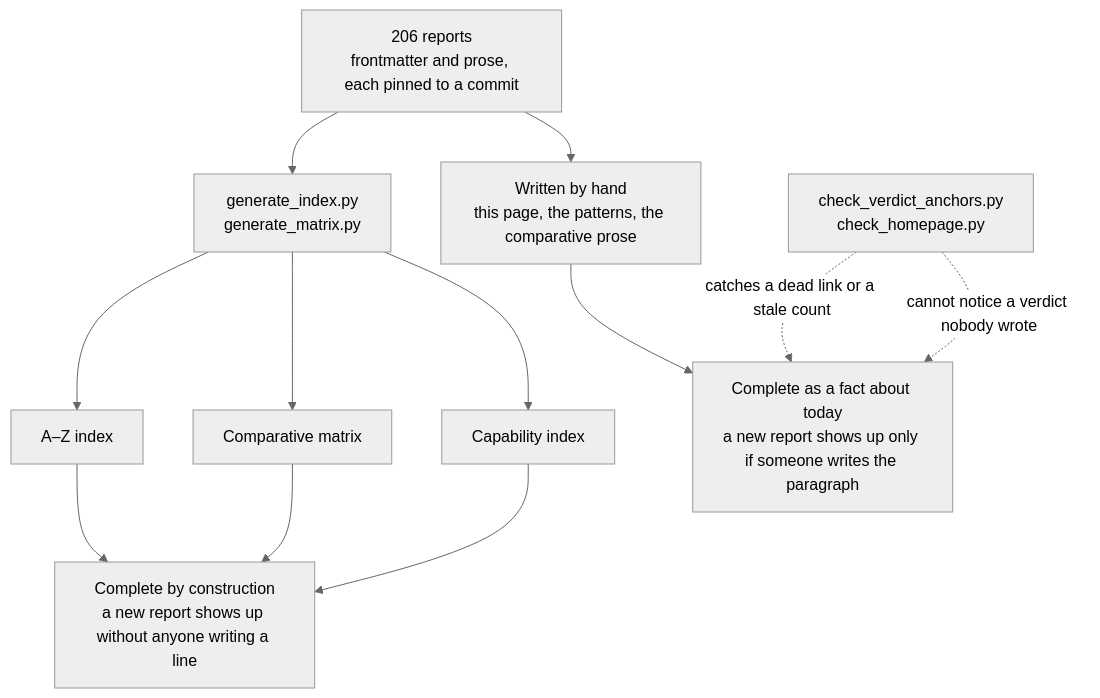
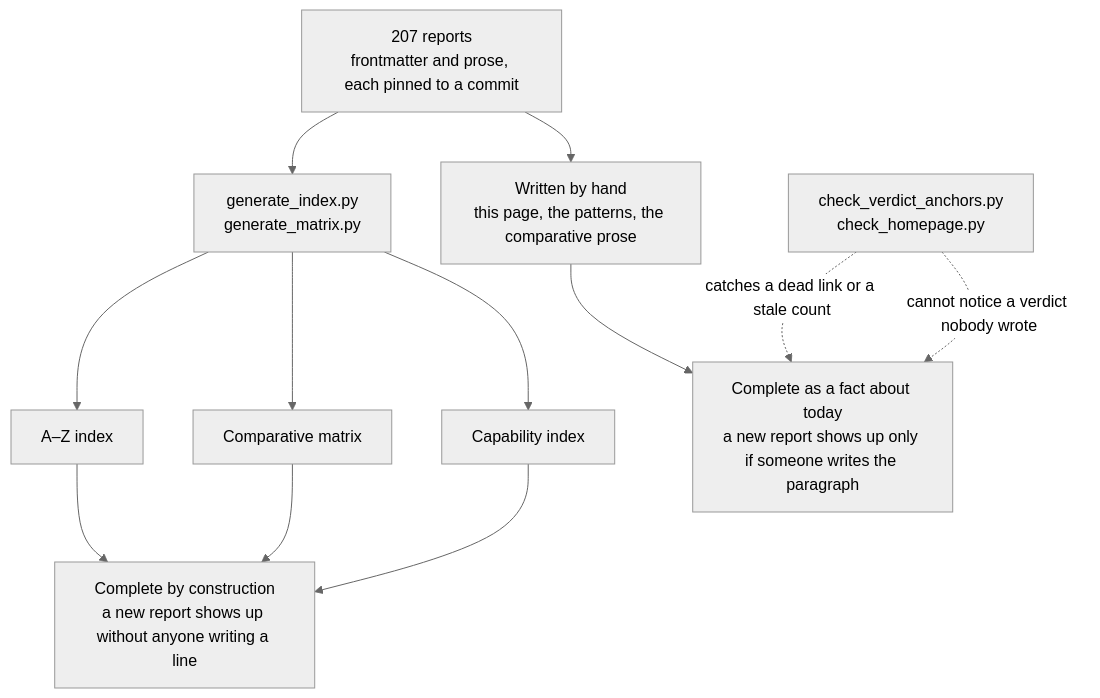
Before and after one commit to neoneye/agent-memory-atlas: the diagram in content/verdicts.md, drawn with Mermaid (neutral theme). The commit also changed other lines of this file and 19 other files, not shown here.

````diff
--- a/content/verdicts.md
+++ b/content/verdicts.md
@@ -40,15 +40,15 @@
 ```mermaid
 flowchart TD
-    R["206 reports<br/>frontmatter and prose, each pinned to a commit"]
+    R["207 reports<br/>frontmatter and prose, each pinned to a commit"]
     R --> GEN["generate_index.py<br/>generate_matrix.py"]
     R --> HAND["Written by hand<br/>this page, the patterns, the comparative prose"]
     GEN --> AZ["A–Z index"]
     GEN --> MX["Comparative matrix"]
     GEN --> CI["Capability index"]
     AZ --> CONST["Complete by construction<br/>a new report shows up without anyone writing a line"]
     MX --> CONST
     CI --> CONST
     HAND --> TODAY["Complete as a fact about today<br/>a new report shows up only if someone writes the paragraph"]
     CHK["check_verdict_anchors.py<br/>check_homepage.py"] -.->|"catches a dead link or a stale count"| TODAY
     CHK -.->|"cannot notice a verdict nobody wrote"| TODAY
 ```
````
